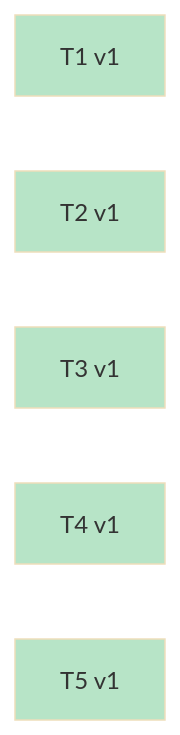
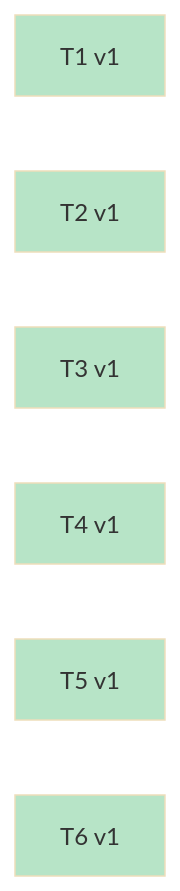
One commit to Curry09/AHE-Beta changed diagram 35 of 35 in docs/specs/OVERVIEW.md. Above: the diagram before and after it, drawn with Mermaid (base theme). The commit also changed other lines of this file and 1 other file, not shown here.

````diff
--- a/docs/specs/OVERVIEW.md
+++ b/docs/specs/OVERVIEW.md
@@ -763,14 +768,16 @@
 ```mermaid
 graph LR
     v_T1_1["T1 v1"]
     v_T2_1["T2 v1"]
     v_T3_1["T3 v1"]
     v_T4_1["T4 v1"]
     v_T5_1["T5 v1"]
+    v_T6_1["T6 v1"]
     classDef st_done fill:#b7e4c7;
     class v_T1_1 st_done;
     class v_T2_1 st_done;
     class v_T3_1 st_done;
     class v_T4_1 st_done;
     class v_T5_1 st_done;
+    class v_T6_1 st_done;
 ```
````
